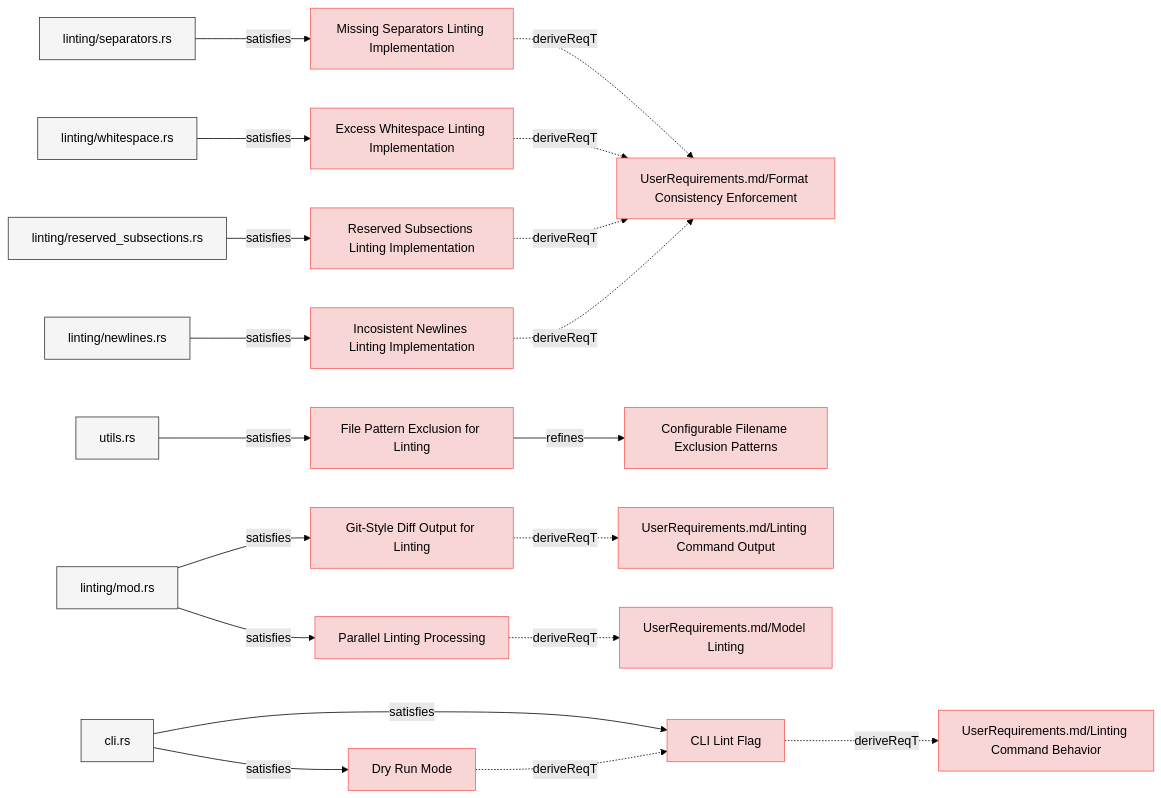
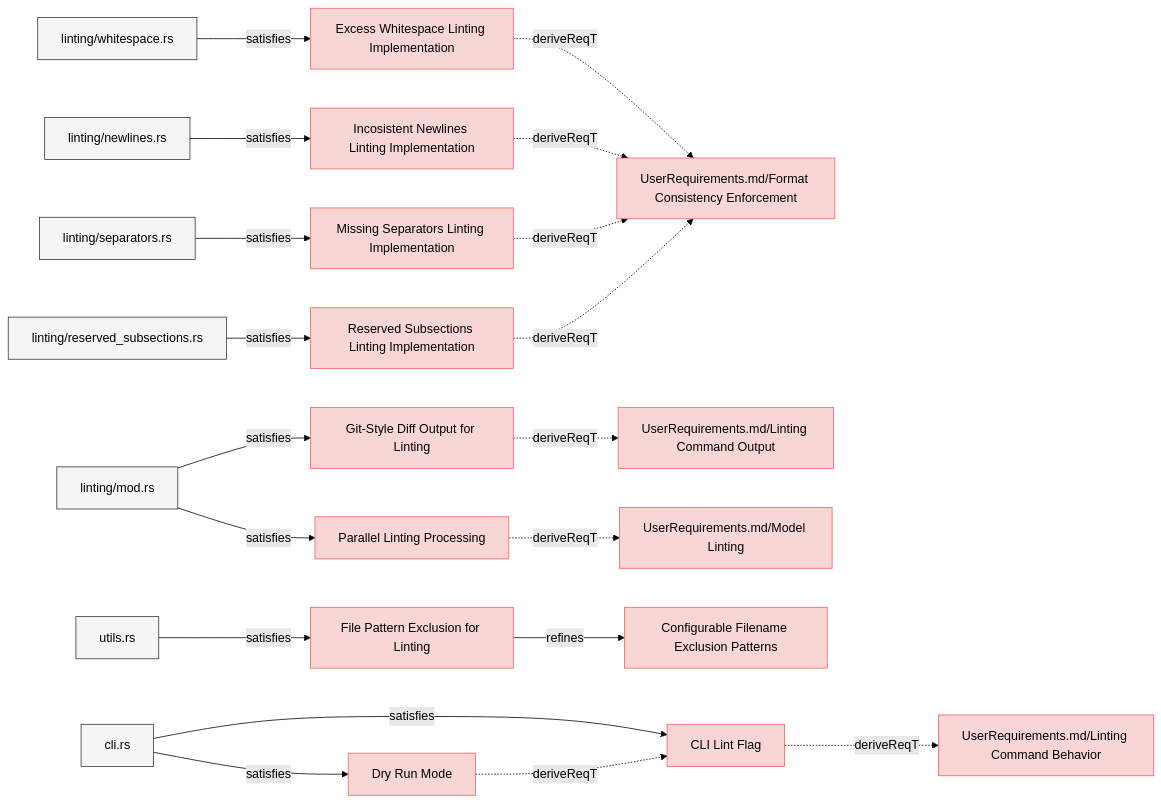
One commit to reqvire-org/reqvire changed the first of 8 diagrams in specifications/SystemRequirements/Requirements.md. Above: the diagram before and after it, drawn with Mermaid (forest theme). The commit also changed other lines of this file and 160 other files, not shown here.

````diff
--- a/specifications/SystemRequirements/Requirements.md
+++ b/specifications/SystemRequirements/Requirements.md
@@ -9,85 +9,85 @@
   classDef externalLink fill:#d0e0ff,stroke:#3080ff,stroke-width:1px;
   classDef default fill:#f5f5f5,stroke:#333333,stroke-width:1px;
 
-  acd59cad64333401["Missing Separators Linting Implementation"];
-  click acd59cad64333401 "https://github.com/ilijaljubicic/ReqFlow/blob/73d5ae1d93adea71fdf4cc508be4d1ae09be068f/specifications/SystemRequirements/Requirements.md#missing-separators-linting-implementation";
-  class acd59cad64333401 requirement;
-  b692557f47cee0f7["UserRequirements.md/Format Consistency Enforcement"];
-  class b692557f47cee0f7 requirement;
-  click b692557f47cee0f7 "https://github.com/ilijaljubicic/ReqFlow/blob/73d5ae1d93adea71fdf4cc508be4d1ae09be068f/specifications/UserRequirements.md#format-consistency-enforcement";
-  acd59cad64333401 -.->|deriveReqT| b692557f47cee0f7;
-  7b8ca81a67f9ca1c["linting/separators.rs"];
-  class 7b8ca81a67f9ca1c default;
-  click 7b8ca81a67f9ca1c "https://github.com/ilijaljubicic/ReqFlow/blob/73d5ae1d93adea71fdf4cc508be4d1ae09be068f/core/src/linting/separators.rs";
-  7b8ca81a67f9ca1c -->|satisfies| acd59cad64333401;
-  c2d5791e32e75081["File Pattern Exclusion for Linting"];
-  click c2d5791e32e75081 "https://github.com/ilijaljubicic/ReqFlow/blob/73d5ae1d93adea71fdf4cc508be4d1ae09be068f/specifications/SystemRequirements/Requirements.md#file-pattern-exclusion-for-linting";
-  class c2d5791e32e75081 requirement;
-  348451e9313c44a3["Configurable Filename Exclusion Patterns"];
-  class 348451e9313c44a3 requirement;
-  click 348451e9313c44a3 "https://github.com/ilijaljubicic/ReqFlow/blob/73d5ae1d93adea71fdf4cc508be4d1ae09be068f/specifications/SystemRequirements/Requirements.md#configurable-filename-exclusion-patterns";
-  c2d5791e32e75081 -->|refines| 348451e9313c44a3;
-  cbb6fb87adcff9d["utils.rs"];
-  class cbb6fb87adcff9d default;
-  click cbb6fb87adcff9d "https://github.com/ilijaljubicic/ReqFlow/blob/73d5ae1d93adea71fdf4cc508be4d1ae09be068f/core/src/utils.rs";
-  cbb6fb87adcff9d -->|satisfies| c2d5791e32e75081;
-  51b41cf76fdb8ffc["Excess Whitespace Linting Implementation"];
-  click 51b41cf76fdb8ffc "https://github.com/ilijaljubicic/ReqFlow/blob/73d5ae1d93adea71fdf4cc508be4d1ae09be068f/specifications/SystemRequirements/Requirements.md#excess-whitespace-linting-implementation";
-  class 51b41cf76fdb8ffc requirement;
-  51b41cf76fdb8ffc -.->|deriveReqT| b692557f47cee0f7;
-  6e1ba12020c21f6c["linting/whitespace.rs"];
-  class 6e1ba12020c21f6c default;
-  click 6e1ba12020c21f6c "https://github.com/ilijaljubicic/ReqFlow/blob/73d5ae1d93adea71fdf4cc508be4d1ae09be068f/core/src/linting/whitespace.rs";
-  6e1ba12020c21f6c -->|satisfies| 51b41cf76fdb8ffc;
-  47d58145636b9c4f["Reserved Subsections Linting Implementation"];
-  click 47d58145636b9c4f "https://github.com/ilijaljubicic/ReqFlow/blob/73d5ae1d93adea71fdf4cc508be4d1ae09be068f/specifications/SystemRequirements/Requirements.md#reserved-subsections-linting-implementation";
-  class 47d58145636b9c4f requirement;
-  47d58145636b9c4f -.->|deriveReqT| b692557f47cee0f7;
-  a7b10289a2855dbf["linting/reserved_subsections.rs"];
-  class a7b10289a2855dbf default;
-  click a7b10289a2855dbf "https://github.com/ilijaljubicic/ReqFlow/blob/73d5ae1d93adea71fdf4cc508be4d1ae09be068f/core/src/linting/indentation.rs";
-  a7b10289a2855dbf -->|satisfies| 47d58145636b9c4f;
-  a3c82f095e6506f9["Incosistent Newlines Linting Implementation"];
-  click a3c82f095e6506f9 "https://github.com/ilijaljubicic/ReqFlow/blob/73d5ae1d93adea71fdf4cc508be4d1ae09be068f/specifications/SystemRequirements/Requirements.md#incosistent-newlines-linting-implementation";
-  class a3c82f095e6506f9 requirement;
-  a3c82f095e6506f9 -.->|deriveReqT| b692557f47cee0f7;
-  9b6c88b7652bc5f8["linting/newlines.rs"];
-  class 9b6c88b7652bc5f8 default;
-  click 9b6c88b7652bc5f8 "https://github.com/ilijaljubicic/ReqFlow/blob/73d5ae1d93adea71fdf4cc508be4d1ae09be068f/core/src/linting/newlines.rs";
-  9b6c88b7652bc5f8 -->|satisfies| a3c82f095e6506f9;
-  b8ef485644f8b634["Git-Style Diff Output for Linting"];
-  click b8ef485644f8b634 "https://github.com/ilijaljubicic/ReqFlow/blob/73d5ae1d93adea71fdf4cc508be4d1ae09be068f/specifications/SystemRequirements/Requirements.md#git-style-diff-output-for-linting";
-  class b8ef485644f8b634 requirement;
-  fe8919c53f8115d7["UserRequirements.md/Linting Command Output"];
-  class fe8919c53f8115d7 requirement;
-  click fe8919c53f8115d7 "https://github.com/ilijaljubicic/ReqFlow/blob/73d5ae1d93adea71fdf4cc508be4d1ae09be068f/specifications/UserRequirements.md#linting-command-output";
-  b8ef485644f8b634 -.->|deriveReqT| fe8919c53f8115d7;
-  332f748fff7d7070["linting/mod.rs"];
-  class 332f748fff7d7070 default;
-  click 332f748fff7d7070 "https://github.com/ilijaljubicic/ReqFlow/blob/73d5ae1d93adea71fdf4cc508be4d1ae09be068f/core/src/linting/mod.rs";
-  332f748fff7d7070 -->|satisfies| b8ef485644f8b634;
-  32d2c19b923c0ac7["CLI Lint Flag"];
-  click 32d2c19b923c0ac7 "https://github.com/ilijaljubicic/ReqFlow/blob/73d5ae1d93adea71fdf4cc508be4d1ae09be068f/specifications/SystemRequirements/Requirements.md#cli-lint-flag";
-  class 32d2c19b923c0ac7 requirement;
-  51a11693af2e41fb["UserRequirements.md/Linting Command Behavior"];
-  class 51a11693af2e41fb requirement;
-  click 51a11693af2e41fb "https://github.com/ilijaljubicic/ReqFlow/blob/73d5ae1d93adea71fdf4cc508be4d1ae09be068f/specifications/UserRequirements.md#linting-command";
-  32d2c19b923c0ac7 -.->|deriveReqT| 51a11693af2e41fb;
-  b2b6ff676ff5d2cc["cli.rs"];
-  class b2b6ff676ff5d2cc default;
-  click b2b6ff676ff5d2cc "https://github.com/ilijaljubicic/ReqFlow/blob/73d5ae1d93adea71fdf4cc508be4d1ae09be068f/cli/src/cli.rs";
-  b2b6ff676ff5d2cc -->|satisfies| 32d2c19b923c0ac7;
-  44453b835c3fc32e["Parallel Linting Processing"];
-  click 44453b835c3fc32e "https://github.com/ilijaljubicic/ReqFlow/blob/73d5ae1d93adea71fdf4cc508be4d1ae09be068f/specifications/SystemRequirements/Requirements.md#parallel-linting-processing";
-  class 44453b835c3fc32e requirement;
-  a479ae0b8d8c4fce["UserRequirements.md/Model Linting"];
-  class a479ae0b8d8c4fce requirement;
-  click a479ae0b8d8c4fce "https://github.com/ilijaljubicic/ReqFlow/blob/73d5ae1d93adea71fdf4cc508be4d1ae09be068f/specifications/UserRequirements.md#model-linting";
-  44453b835c3fc32e -.->|deriveReqT| a479ae0b8d8c4fce;
-  332f748fff7d7070 -->|satisfies| 44453b835c3fc32e;
-  bd9d6fae737d418f["Dry Run Mode"];
-  click bd9d6fae737d418f "https://github.com/ilijaljubicic/ReqFlow/blob/73d5ae1d93adea71fdf4cc508be4d1ae09be068f/specifications/SystemRequirements/Requirements.md#dry-run-mode";
-  class bd9d6fae737d418f requirement;
-  bd9d6fae737d418f -.->|deriveReqT| 32d2c19b923c0ac7;
-  b2b6ff676ff5d2cc -->|satisfies| bd9d6fae737d418f;
+  75640c8e8822d1e7["Parallel Linting Processing"];
+  click 75640c8e8822d1e7 "https://github.com/ilijaljubicic/Reqvire/blob/8a68ca1eab81bac7964085e47777a0a92447c6a5/specifications/SystemRequirements/Requirements.md#parallel-linting-processing";
+  class 75640c8e8822d1e7 requirement;
+  36d76b90ace3a564["UserRequirements.md/Model Linting"];
+  class 36d76b90ace3a564 requirement;
+  click 36d76b90ace3a564 "https://github.com/ilijaljubicic/Reqvire/blob/8a68ca1eab81bac7964085e47777a0a92447c6a5/specifications/UserRequirements.md#model-linting";
+  75640c8e8822d1e7 -.->|deriveReqT| 36d76b90ace3a564;
+  2d48fe5f748f81e4["linting/mod.rs"];
+  class 2d48fe5f748f81e4 default;
+  click 2d48fe5f748f81e4 "https://github.com/ilijaljubicic/Reqvire/blob/8a68ca1eab81bac7964085e47777a0a92447c6a5/core/src/linting/mod.rs";
+  2d48fe5f748f81e4 -->|satisfies| 75640c8e8822d1e7;
+  4efdafe79ef3057["Reserved Subsections Linting Implementation"];
+  click 4efdafe79ef3057 "https://github.com/ilijaljubicic/Reqvire/blob/8a68ca1eab81bac7964085e47777a0a92447c6a5/specifications/SystemRequirements/Requirements.md#reserved-subsections-linting-implementation";
+  class 4efdafe79ef3057 requirement;
+  43bbec4721cc6a68["UserRequirements.md/Format Consistency Enforcement"];
+  class 43bbec4721cc6a68 requirement;
+  click 43bbec4721cc6a68 "https://github.com/ilijaljubicic/Reqvire/blob/8a68ca1eab81bac7964085e47777a0a92447c6a5/specifications/UserRequirements.md#format-consistency-enforcement";
+  4efdafe79ef3057 -.->|deriveReqT| 43bbec4721cc6a68;
+  f3496fe5f8d186a4["linting/reserved_subsections.rs"];
+  class f3496fe5f8d186a4 default;
+  click f3496fe5f8d186a4 "https://github.com/ilijaljubicic/Reqvire/blob/8a68ca1eab81bac7964085e47777a0a92447c6a5/core/src/linting/indentation.rs";
+  f3496fe5f8d186a4 -->|satisfies| 4efdafe79ef3057;
+  470a0057ca1c964["File Pattern Exclusion for Linting"];
+  click 470a0057ca1c964 "https://github.com/ilijaljubicic/Reqvire/blob/8a68ca1eab81bac7964085e47777a0a92447c6a5/specifications/SystemRequirements/Requirements.md#file-pattern-exclusion-for-linting";
+  class 470a0057ca1c964 requirement;
+  6f822bdd8c71c7c8["Configurable Filename Exclusion Patterns"];
+  class 6f822bdd8c71c7c8 requirement;
+  click 6f822bdd8c71c7c8 "https://github.com/ilijaljubicic/Reqvire/blob/8a68ca1eab81bac7964085e47777a0a92447c6a5/specifications/SystemRequirements/Requirements.md#configurable-filename-exclusion-patterns";
+  470a0057ca1c964 -->|refines| 6f822bdd8c71c7c8;
+  6cc937ff9e3a6b59["utils.rs"];
+  class 6cc937ff9e3a6b59 default;
+  click 6cc937ff9e3a6b59 "https://github.com/ilijaljubicic/Reqvire/blob/8a68ca1eab81bac7964085e47777a0a92447c6a5/core/src/utils.rs";
+  6cc937ff9e3a6b59 -->|satisfies| 470a0057ca1c964;
+  c080457c84fad54c["Dry Run Mode"];
+  click c080457c84fad54c "https://github.com/ilijaljubicic/Reqvire/blob/8a68ca1eab81bac7964085e47777a0a92447c6a5/specifications/SystemRequirements/Requirements.md#dry-run-mode";
+  class c080457c84fad54c requirement;
+  cb01ebe750839cf7["CLI Lint Flag"];
+  class cb01ebe750839cf7 requirement;
+  click cb01ebe750839cf7 "https://github.com/ilijaljubicic/Reqvire/blob/8a68ca1eab81bac7964085e47777a0a92447c6a5/specifications/SystemRequirements/Requirements.md#cli-lint-flag";
+  c080457c84fad54c -.->|deriveReqT| cb01ebe750839cf7;
+  5fe26772336463bc["cli.rs"];
+  class 5fe26772336463bc default;
+  click 5fe26772336463bc "https://github.com/ilijaljubicic/Reqvire/blob/8a68ca1eab81bac7964085e47777a0a92447c6a5/cli/src/cli.rs";
+  5fe26772336463bc -->|satisfies| c080457c84fad54c;
+  f1de164cd9ee3fd["UserRequirements.md/Linting Command Behavior"];
+  class f1de164cd9ee3fd requirement;
+  click f1de164cd9ee3fd "https://github.com/ilijaljubicic/Reqvire/blob/8a68ca1eab81bac7964085e47777a0a92447c6a5/specifications/UserRequirements.md#linting-command";
+  cb01ebe750839cf7 -.->|deriveReqT| f1de164cd9ee3fd;
+  5fe26772336463bc -->|satisfies| cb01ebe750839cf7;
+  db7b9709bced7f7e["Missing Separators Linting Implementation"];
+  click db7b9709bced7f7e "https://github.com/ilijaljubicic/Reqvire/blob/8a68ca1eab81bac7964085e47777a0a92447c6a5/specifications/SystemRequirements/Requirements.md#missing-separators-linting-implementation";
+  class db7b9709bced7f7e requirement;
+  db7b9709bced7f7e -.->|deriveReqT| 43bbec4721cc6a68;
+  277f2d41101b4374["linting/separators.rs"];
+  class 277f2d41101b4374 default;
+  click 277f2d41101b4374 "https://github.com/ilijaljubicic/Reqvire/blob/8a68ca1eab81bac7964085e47777a0a92447c6a5/core/src/linting/separators.rs";
+  277f2d41101b4374 -->|satisfies| db7b9709bced7f7e;
+  5833165793ba0498["Git-Style Diff Output for Linting"];
+  click 5833165793ba0498 "https://github.com/ilijaljubicic/Reqvire/blob/8a68ca1eab81bac7964085e47777a0a92447c6a5/specifications/SystemRequirements/Requirements.md#git-style-diff-output-for-linting";
+  class 5833165793ba0498 requirement;
+  5862305273e75e10["UserRequirements.md/Linting Command Output"];
+  class 5862305273e75e10 requirement;
+  click 5862305273e75e10 "https://github.com/ilijaljubicic/Reqvire/blob/8a68ca1eab81bac7964085e47777a0a92447c6a5/specifications/UserRequirements.md#linting-command-output";
+  5833165793ba0498 -.->|deriveReqT| 5862305273e75e10;
+  2d48fe5f748f81e4 -->|satisfies| 5833165793ba0498;
+  acb338a79cfa8b2d["Incosistent Newlines Linting Implementation"];
+  click acb338a79cfa8b2d "https://github.com/ilijaljubicic/Reqvire/blob/8a68ca1eab81bac7964085e47777a0a92447c6a5/specifications/SystemRequirements/Requirements.md#incosistent-newlines-linting-implementation";
+  class acb338a79cfa8b2d requirement;
+  acb338a79cfa8b2d -.->|deriveReqT| 43bbec4721cc6a68;
+  96c9e48a25e4de33["linting/newlines.rs"];
+  class 96c9e48a25e4de33 default;
+  click 96c9e48a25e4de33 "https://github.com/ilijaljubicic/Reqvire/blob/8a68ca1eab81bac7964085e47777a0a92447c6a5/core/src/linting/newlines.rs";
+  96c9e48a25e4de33 -->|satisfies| acb338a79cfa8b2d;
+  87548b2599ea86c2["Excess Whitespace Linting Implementation"];
+  click 87548b2599ea86c2 "https://github.com/ilijaljubicic/Reqvire/blob/8a68ca1eab81bac7964085e47777a0a92447c6a5/specifications/SystemRequirements/Requirements.md#excess-whitespace-linting-implementation";
+  class 87548b2599ea86c2 requirement;
+  87548b2599ea86c2 -.->|deriveReqT| 43bbec4721cc6a68;
+  839419873727313d["linting/whitespace.rs"];
+  class 839419873727313d default;
+  click 839419873727313d "https://github.com/ilijaljubicic/Reqvire/blob/8a68ca1eab81bac7964085e47777a0a92447c6a5/core/src/linting/whitespace.rs";
+  839419873727313d -->|satisfies| 87548b2599ea86c2;
 ```
````
